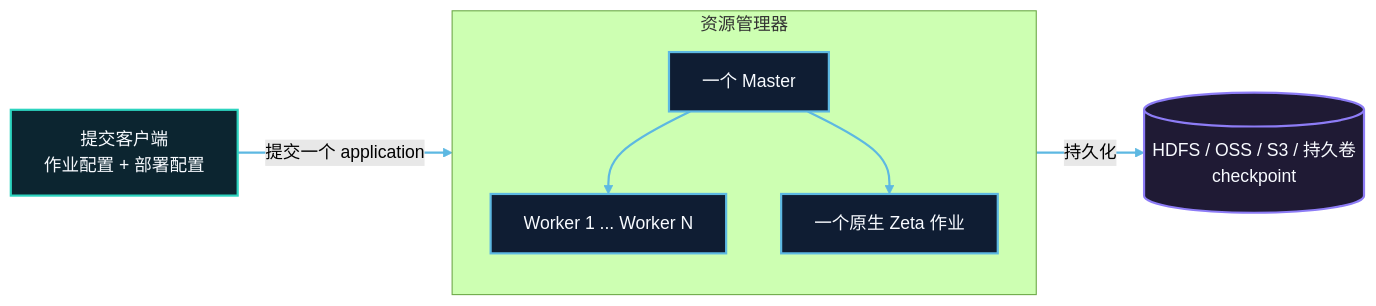
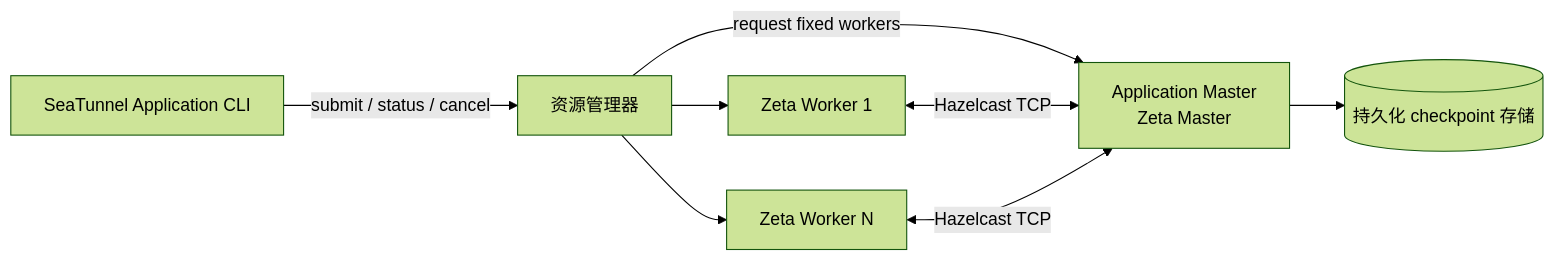
One commit to apache/seatunnel changed the diagram in docs/zh/getting-started/application/overview.md. Above: the diagram before and after it, drawn with Mermaid (forest theme). The commit also changed other lines of this file and 3 other files, not shown here.

Commit message:
[Docs][Zeta] Make the shared application mode guides platform neutral

````diff
--- a/docs/zh/getting-started/application/overview.md
+++ b/docs/zh/getting-started/application/overview.md
@@ -12,26 +12,10 @@
 ```mermaid
 flowchart LR
-    client["提交客户端<br/>作业配置 + 部署配置"]
-
-    subgraph platform["资源管理器"]
-        direction TB
-        master["一个 Master"]
-        workers["Worker 1 ... Worker N"]
-        job["一个原生 Zeta 作业"]
-        master --> workers
-        master --> job
-    end
-
-    checkpoint[("HDFS / OSS / S3 / 持久卷<br/>checkpoint")]
-
-    client -->|提交一个 application| master
-    job -->|持久化| checkpoint
-
-    classDef layerBlue fill:#0f1d33,stroke:#5db8e2,stroke-width:2px,color:#f8fbff;
-    classDef layerCyan fill:#0c2530,stroke:#2dd4bf,stroke-width:2px,color:#f8fbff;
-    classDef layerPurple fill:#1f1a34,stroke:#8d7cf6,stroke-width:2px,color:#f8fbff;
-    class client layerCyan;
-    class master,workers,job layerBlue;
-    class checkpoint layerPurple;
-    linkStyle default stroke:#5db8e2,stroke-width:2px;
+    cli["SeaTunnel Application CLI"] -->|submit / status / cancel| manager["资源管理器"]
+    manager -->|request fixed workers| master["Application Master<br/>Zeta Master"]
+    manager --> worker1["Zeta Worker 1"]
+    manager --> workerN["Zeta Worker N"]
+    worker1 <-->|Hazelcast TCP| master
+    workerN <-->|Hazelcast TCP| master
+    master --> storage[("持久化 checkpoint 存储")]
 ```
````
